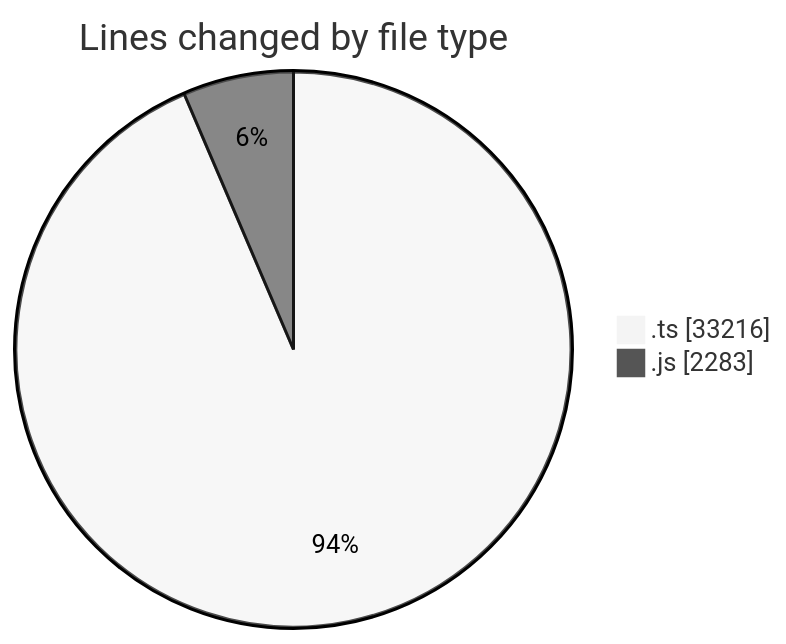
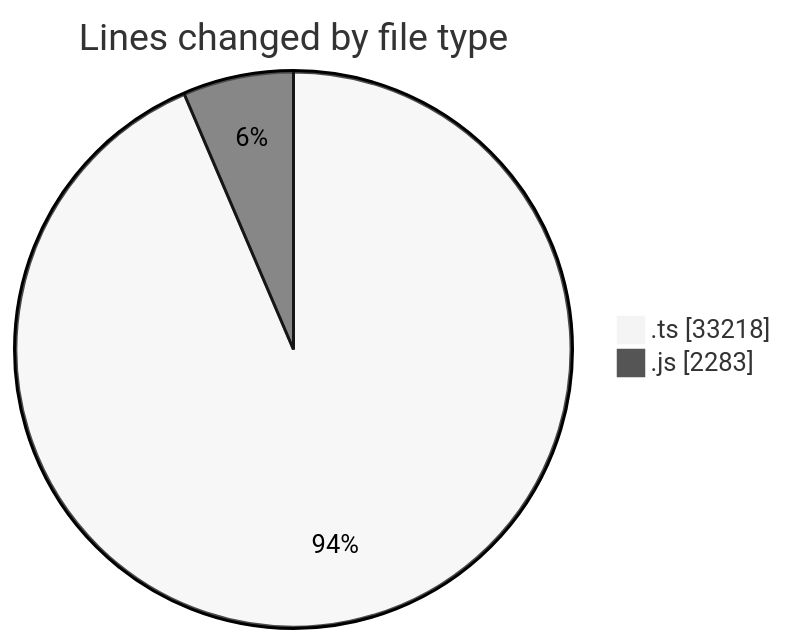
The first of 2 diagrams in 2025-06-27/cda/README.md (momahboobian/code-tracking), drawn with Mermaid (neutral theme) before and after one commit. The commit also changed other lines of this file and 1 other file, not shown here.

````diff
--- a/2025-06-27/cda/README.md
+++ b/2025-06-27/cda/README.md
@@ -32,6 +32,6 @@
 ```mermaid
 pie showData
 title Lines changed by file type
-".ts" : 33216
+".ts" : 33218
 ".js" : 2283
 ```
````
